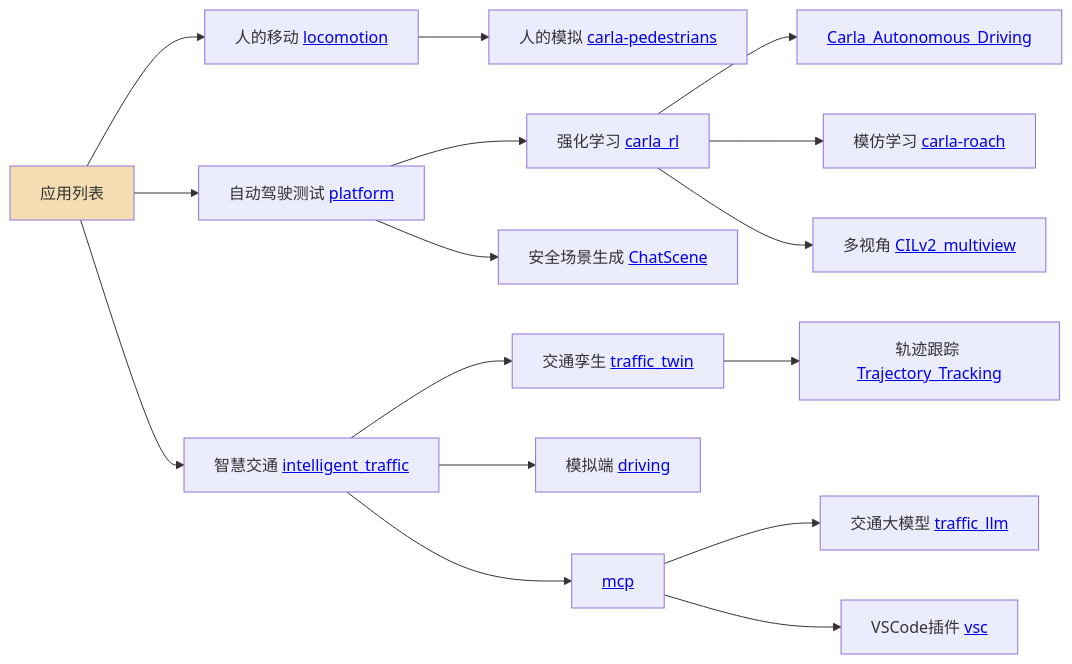
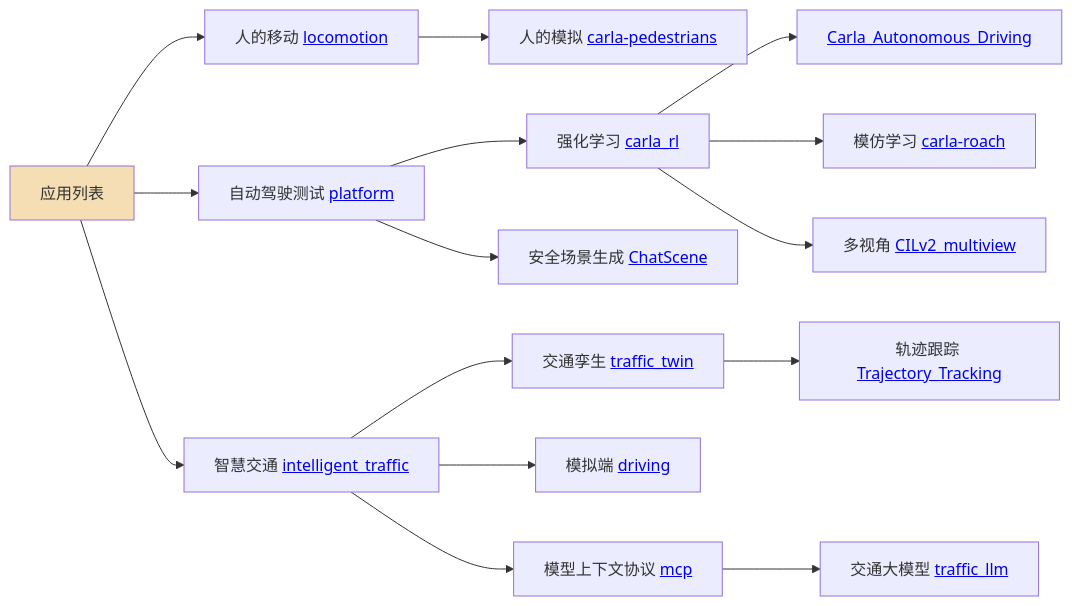
Before and after one commit to OpenHUTB/.github: the second of 3 diagrams in README.md, drawn with Mermaid. The commit also changed other lines of this file, not shown here.

Commit message:
docs: 调整 vsc 插件分类并更新工具列表 (#372)
1. 将 vsc 插件从“应用列表”移动至“工具列表”，使其分类更符合开发辅助工具的定位。
2. 为 vsc 补充了“代码补全插件”的描述，方便社区成员直观了解其用途。

````diff
--- a/README.md
+++ b/README.md
@@ -78,23 +78,22 @@
 ```mermaid
 graph LR
 
     A --> F[人的移动 <a href='https://github.com/OpenHUTB/locomotion'>locomotion</a>]
     F --> L[人的模拟 <a href='https://github.com/OpenHUTB/carla-pedestrians'>carla-pedestrians</a>]
 
     A --> G[自动驾驶测试 <a href='https://github.com/OpenHUTB/platform'>platform</a>]
     G --> H[强化学习 <a href='https://github.com/OpenHUTB/carla_rl'>carla_rl</a>]
     H --> K[<a href='https://github.com/OpenHUTB/Carla_Autonomous_Driving'>Carla_Autonomous_Driving</a>]
     H --> I[模仿学习 <a href='https://github.com/OpenHUTB/carla-roach'>carla-roach</a>]
     H --> J[多视角 <a href='https://github.com/OpenHUTB/CILv2_multiview'>CILv2_multiview</a>]
     G --> M[安全场景生成 <a href='https://github.com/OpenHUTB/ChatScene'>ChatScene</a>]
 
     A[应用列表] --> B[智慧交通 <a href='https://github.com/OpenHUTB/intelligent_traffic/'>intelligent_traffic</a>]
     B --> C[交通孪生 <a href='https://github.com/OpenHUTB/traffic_twin/'>traffic_twin</a>]
     C --> N[轨迹跟踪 <a href='https://github.com/OpenHUTB/Self_Driving_Car_Trajectory_Tracking'>Trajectory_Tracking</a>]
     B --> D[模拟端 <a href='https://github.com/OpenHUTB/driving/'>driving</a> ]
     O --> E[交通大模型 <a href='https://github.com/OpenHUTB/traffic_llm'>traffic_llm</a>]
-    O --> P[VSCode插件 <a href='https://github.com/OpenHUTB/vsc'>vsc</a>]
-    B --> O[<a href='https://github.com/OpenHUTB/mcp'>mcp</a>]
+    B --> O[模型上下文协议 <a href='https://github.com/OpenHUTB/mcp'>mcp</a>]
 
     style A fill:#F5DEB3
 ```
````
